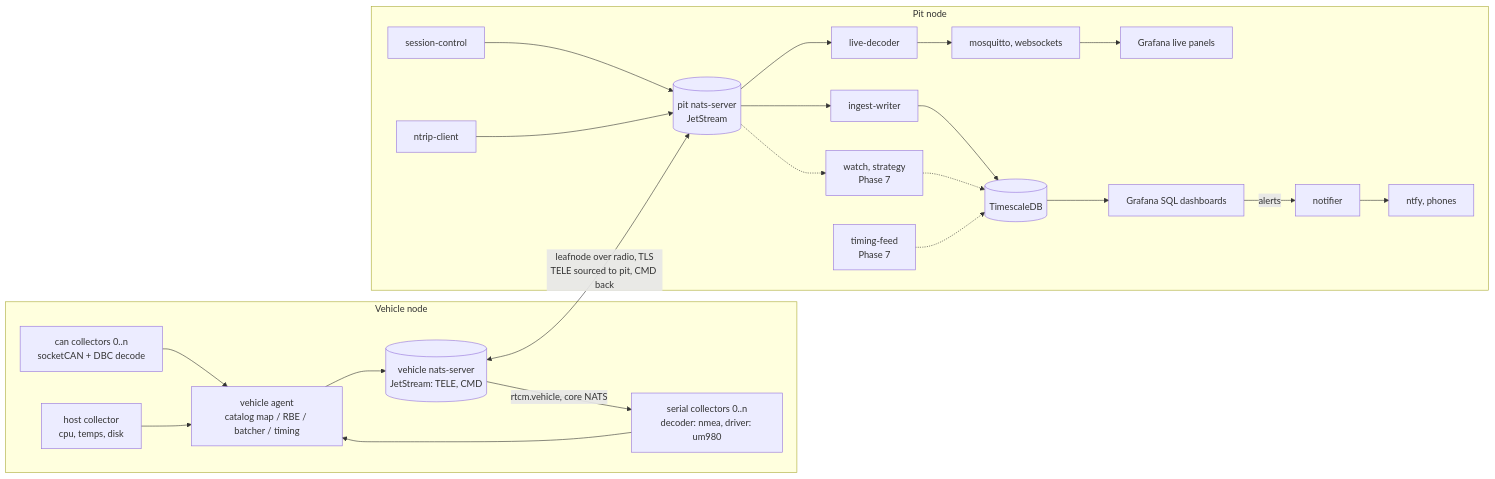
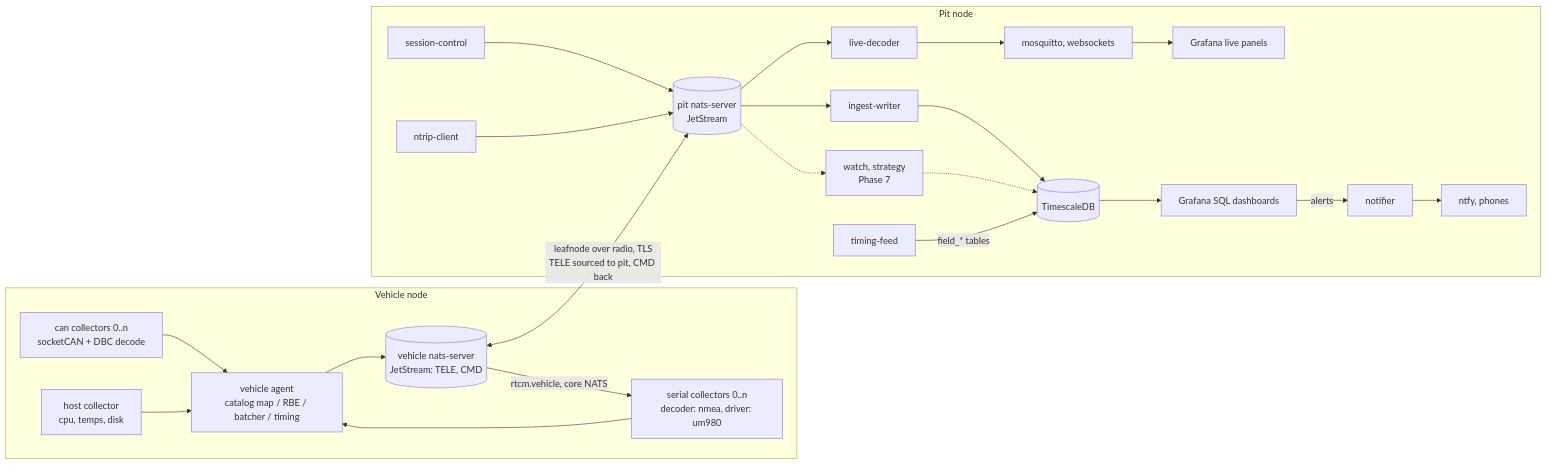
The first of 4 diagrams in docs/ARCHITECTURE.md (Robert-McMahon/openlaps), drawn with Mermaid before and after one commit. The commit also changed other lines of this file and 29 other files, not shown here.

````diff
--- a/docs/ARCHITECTURE.md
+++ b/docs/ARCHITECTURE.md
@@ -26,21 +26,21 @@
 ```mermaid
 flowchart LR
   subgraph vehicle [Vehicle node]
     CAN0[can collectors 0..n<br/>socketCAN + DBC decode] --> AGENT
     SER0[serial collectors 0..n<br/>decoder: nmea, driver: um980] --> AGENT
     HOST[host collector<br/>cpu, temps, disk] --> AGENT
     AGENT[vehicle agent<br/>catalog map / RBE / batcher / timing] --> VNATS[(vehicle nats-server<br/>JetStream: TELE, CMD)]
     VNATS -- "rtcm.vehicle, core NATS" --> SER0
   end
   VNATS <-- "leafnode over radio, TLS<br/>TELE sourced to pit, CMD back" --> PNATS[(pit nats-server<br/>JetStream)]
   subgraph pit [Pit node]
     PNATS --> WRITER[ingest-writer] --> TSDB[(TimescaleDB)]
     PNATS --> LIVE[live-decoder] --> MQ[mosquitto, websockets] --> GLIVE[Grafana live panels]
     TSDB --> GSQL[Grafana SQL dashboards]
     SC[session-control] --> PNATS
     NTRIP[ntrip-client] --> PNATS
     PNATS -.-> WATCH[watch, strategy<br/>Phase 7] -.-> TSDB
-    FEED[timing-feed<br/>Phase 7] -.-> TSDB
+    FEED[timing-feed] -- "field_* tables" --> TSDB
     GSQL -- "alerts" --> NOTIF[notifier] --> NTFY[ntfy, phones]
   end
 ```
````
